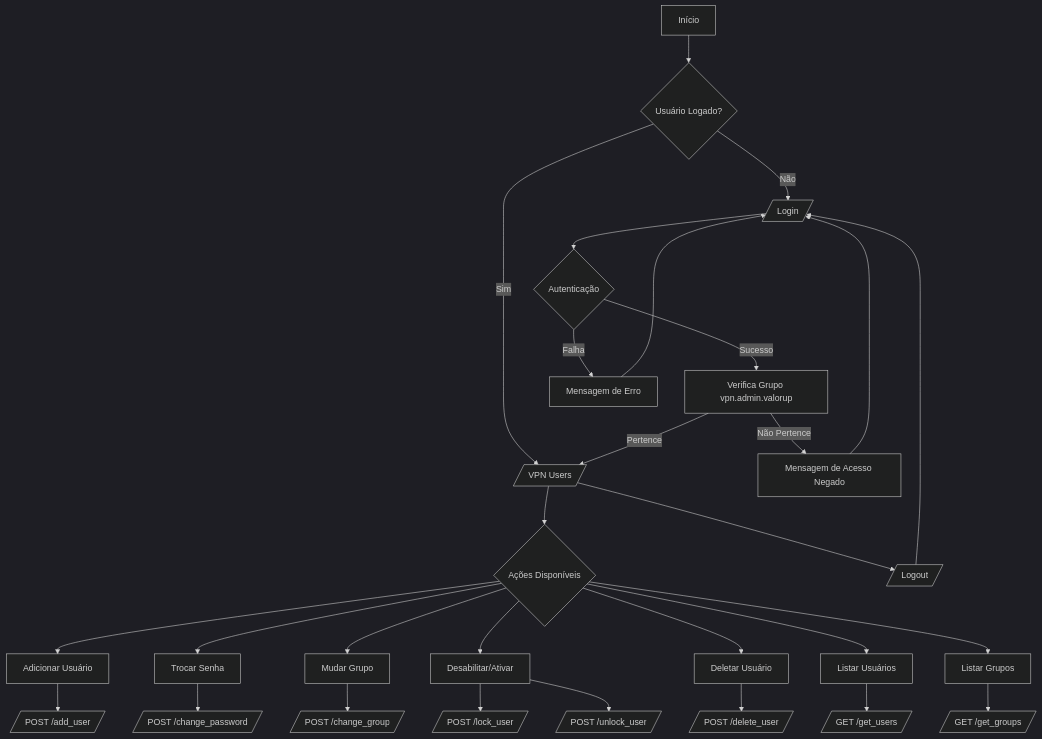
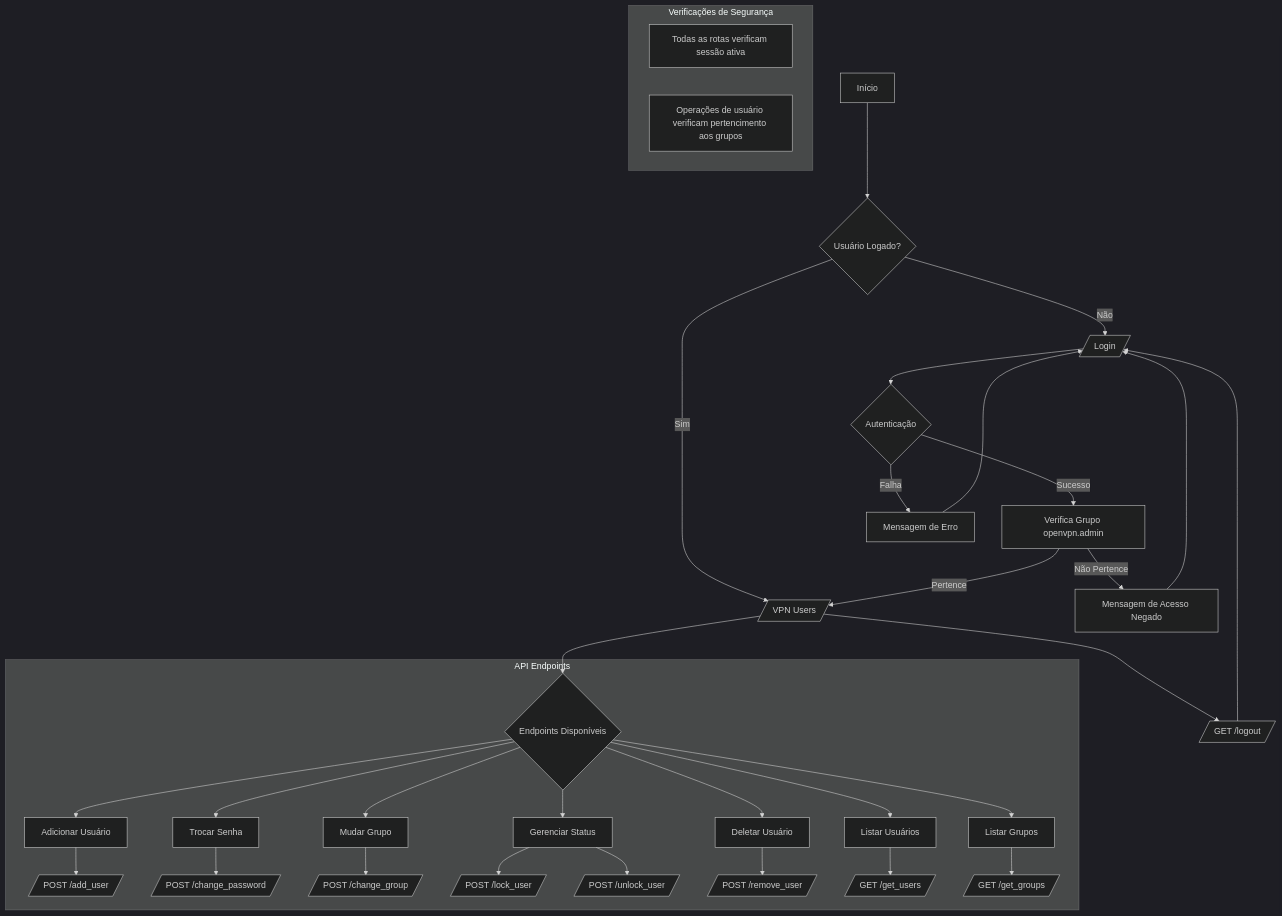
One commit to rodrigoadsilva/OpenVPN-User-Manager changed the diagram in README.md. Above: the diagram before and after it, drawn with Mermaid (dark theme). The commit also changed other lines of this file, not shown here.

Commit message:
Correção do Flowchart

````diff
--- a/README.md
+++ b/README.md
@@ -22,42 +22,49 @@
 ```mermaid
 flowchart TD
     A[Início] --> B{Usuário Logado?}
     B -->|Não| C[/Login/]
     B -->|Sim| D[/VPN Users/]
 
     C --> E{Autenticação}
-    E -->|Sucesso| F[Verifica Grupo vpn.admin.valorup]
+    E -->|Sucesso| F[Verifica Grupo openvpn.admin]
     E -->|Falha| G[Mensagem de Erro]
     G --> C
     
     F -->|Pertence| D
     F -->|Não Pertence| H[Mensagem de Acesso Negado]
     H --> C
 
-    D --> I{Ações Disponíveis}
+    D --> I{Endpoints Disponíveis}
     
-    I --> J[Adicionar Usuário]
-    J --> K[/POST /add_user/]
-    
-    I --> L[Trocar Senha]
-    L --> M[/POST /change_password/]
-    
-    I --> N[Mudar Grupo]
-    N --> O[/POST /change_group/]
-    
-    I --> P[Desabilitar/Ativar]
-    P --> Q[/POST /lock_user/]
-    P --> R[/POST /unlock_user/]
-    
-    I --> S[Deletar Usuário]
-    S --> T[/POST /delete_user/]
-    
-    I --> U[Listar Usuários]
-    U --> V[/GET /get_users/]
-    
-    I --> W[Listar Grupos]
-    W --> X[/GET /get_groups/]
-    
-    D --> Y[/Logout/]
+    subgraph API [API Endpoints]
+        I --> J[Adicionar Usuário]
+        J --> K[/POST /add_user/]
+        
+        I --> L[Trocar Senha]
+        L --> M[/POST /change_password/]
+        
+        I --> N[Mudar Grupo]
+        N --> O[/POST /change_group/]
+        
+        I --> P[Gerenciar Status]
+        P --> Q[/POST /lock_user/]
+        P --> R[/POST /unlock_user/]
+        
+        I --> S[Deletar Usuário]
+        S --> T[/POST /remove_user/]
+        
+        I --> U[Listar Usuários]
+        U --> V[/GET /get_users/]
+        
+        I --> W[Listar Grupos]
+        W --> X[/GET /get_groups/]
+    end
+
+    D --> Y[/GET /logout/]
     Y --> C
+
+    subgraph Segurança [Verificações de Segurança]
+        Z[Todas as rotas verificam sessão ativa]
+        ZA[Operações de usuário verificam pertencimento aos grupos]
+    end
 ```
````
